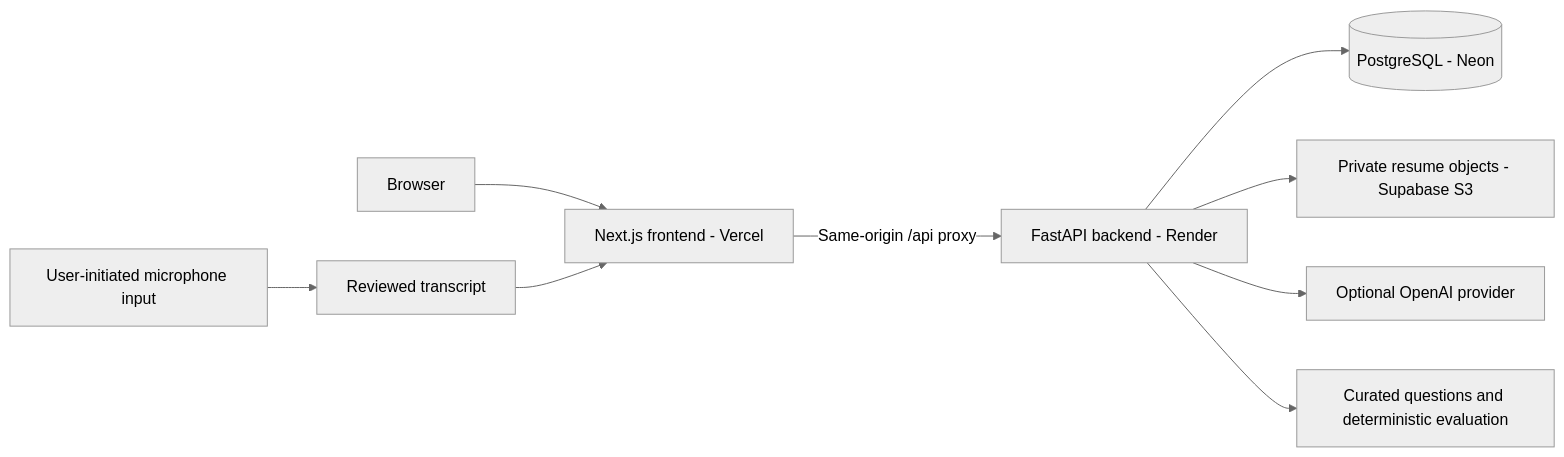
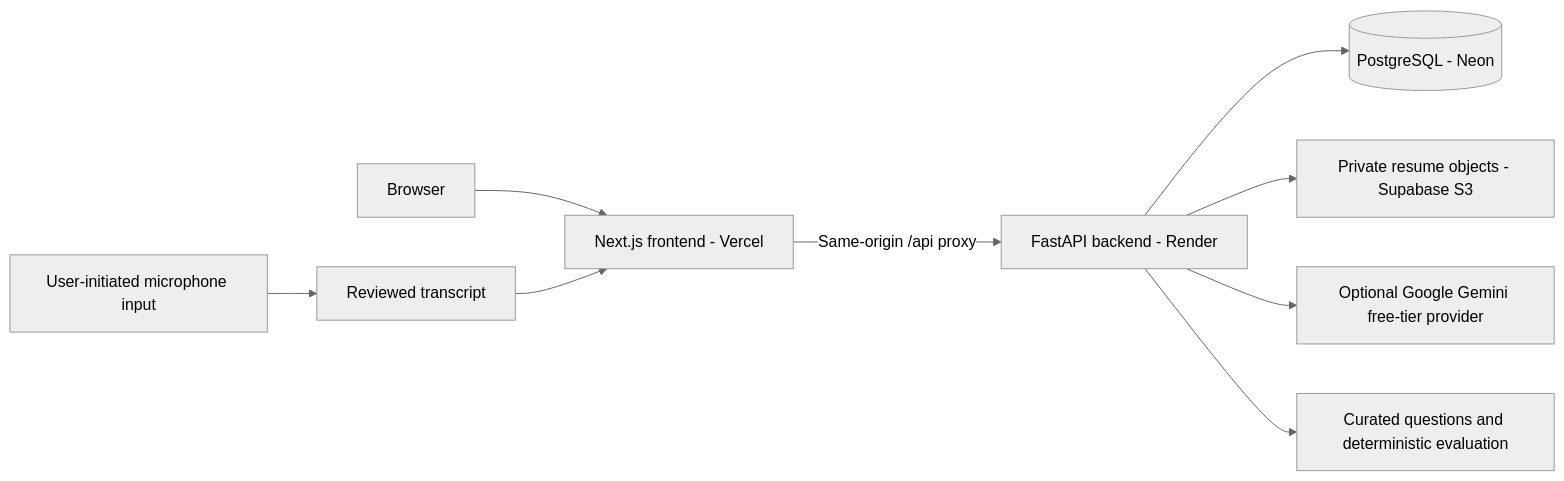
One commit to keshav1234567891011/ai-interview-platform changed the diagram in README.md. Above: the diagram before and after it, drawn with Mermaid (neutral theme). The commit also changed other lines of this file and 60 other files, not shown here.

````diff
--- a/README.md
+++ b/README.md
@@ -43,11 +43,11 @@
 ```mermaid
 flowchart LR
     Browser[Browser] --> Web["Next.js frontend - Vercel"]
     Web -->|Same-origin /api proxy| API["FastAPI backend - Render"]
     API --> DB[("PostgreSQL - Neon")]
     API --> Storage["Private resume objects - Supabase S3"]
-    API --> AI["Optional OpenAI provider"]
+    API --> AI["Optional Google Gemini free-tier provider"]
     API --> Fallback["Curated questions and deterministic evaluation"]
     Mic["User-initiated microphone input"] --> Transcript["Reviewed transcript"]
     Transcript --> Web
 ```
````
